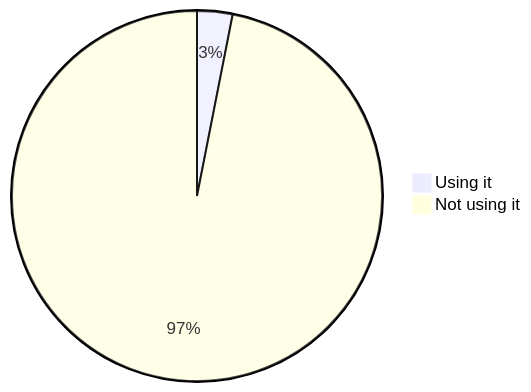
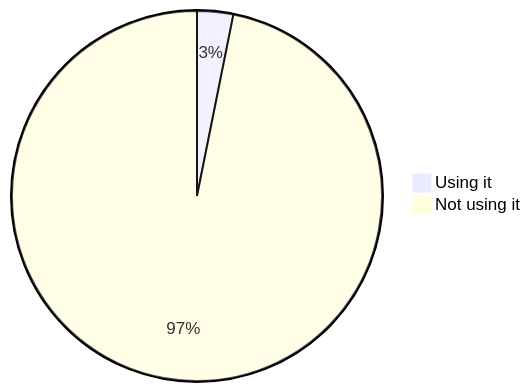
Diagram 17 of 22 in stats.md (oshp/oshp-stats), drawn with Mermaid before and after one commit. The commit also changed other lines of this file, not shown here.

````diff
--- a/stats.md
+++ b/stats.md
@@ -202,6 +202,6 @@
 ```mermaid
 pie
-	"Using it" : 3.09
-	"Not using it" : 96.91
+	"Using it" : 3.15
+	"Not using it" : 96.85
 
 ```
````
